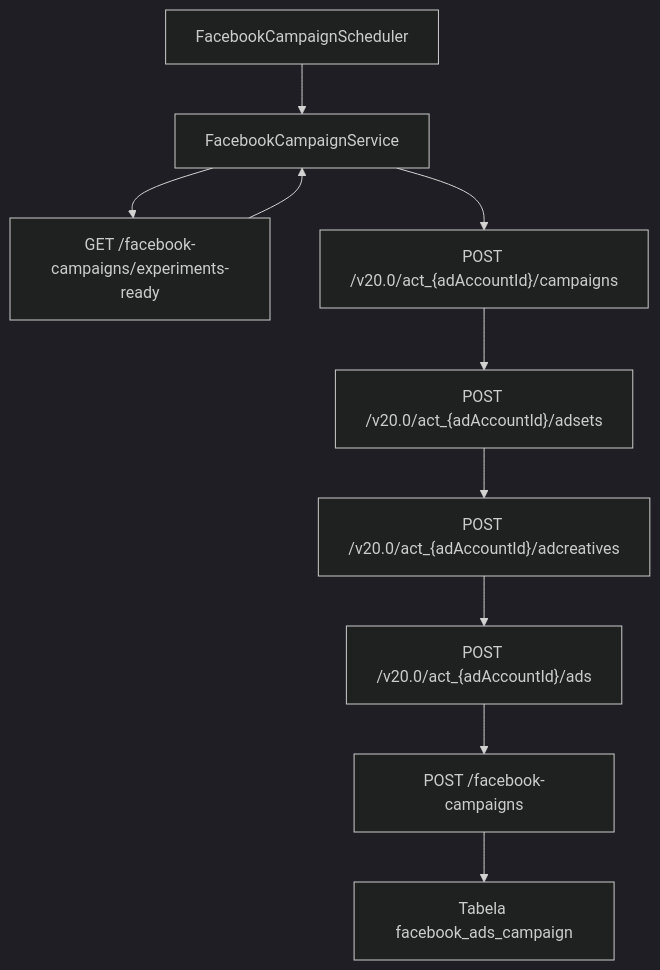
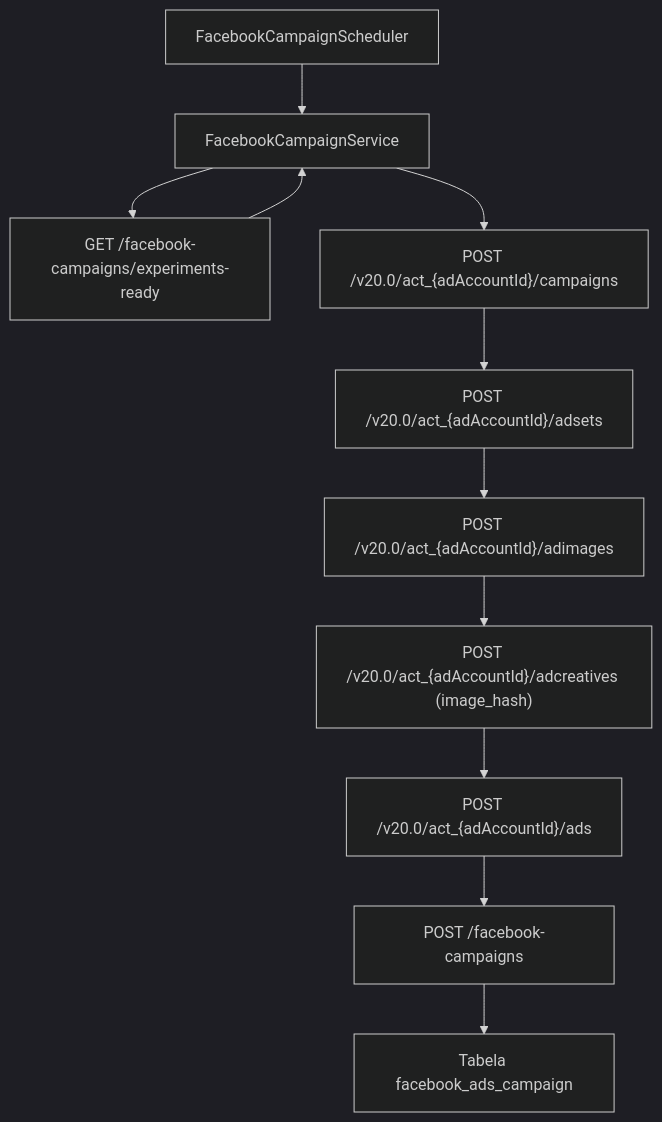
Before and after one commit to paulofor/marketing-hub: the diagram in docs/facebook-ads-worker/transformacao-experimentos-campanhas.md, drawn with Mermaid (dark theme). The commit also changed other lines of this file and 2 other files, not shown here.

Commit message:
docs(facebook-ads-worker): orientar upload de imagem via adimages com image_hash

````diff
--- a/docs/facebook-ads-worker/transformacao-experimentos-campanhas.md
+++ b/docs/facebook-ads-worker/transformacao-experimentos-campanhas.md
@@ -17,12 +17,13 @@
 ```mermaid
 flowchart TD
     scheduler["FacebookCampaignScheduler"] --> service["FacebookCampaignService"]
     service --> backendFetch["GET /facebook-campaigns/experiments-ready"]
     backendFetch --> service
     service --> campaign["POST /v20.0/act_{adAccountId}/campaigns"]
     campaign --> adset["POST /v20.0/act_{adAccountId}/adsets"]
-    adset --> creative["POST /v20.0/act_{adAccountId}/adcreatives"]
+    adset --> adimages["POST /v20.0/act_{adAccountId}/adimages"]
+    adimages --> creative["POST /v20.0/act_{adAccountId}/adcreatives (image_hash)"]
     creative --> ad["POST /v20.0/act_{adAccountId}/ads"]
     ad --> persist["POST /facebook-campaigns"]
     persist --> db["Tabela facebook_ads_campaign"]
 ```
````
